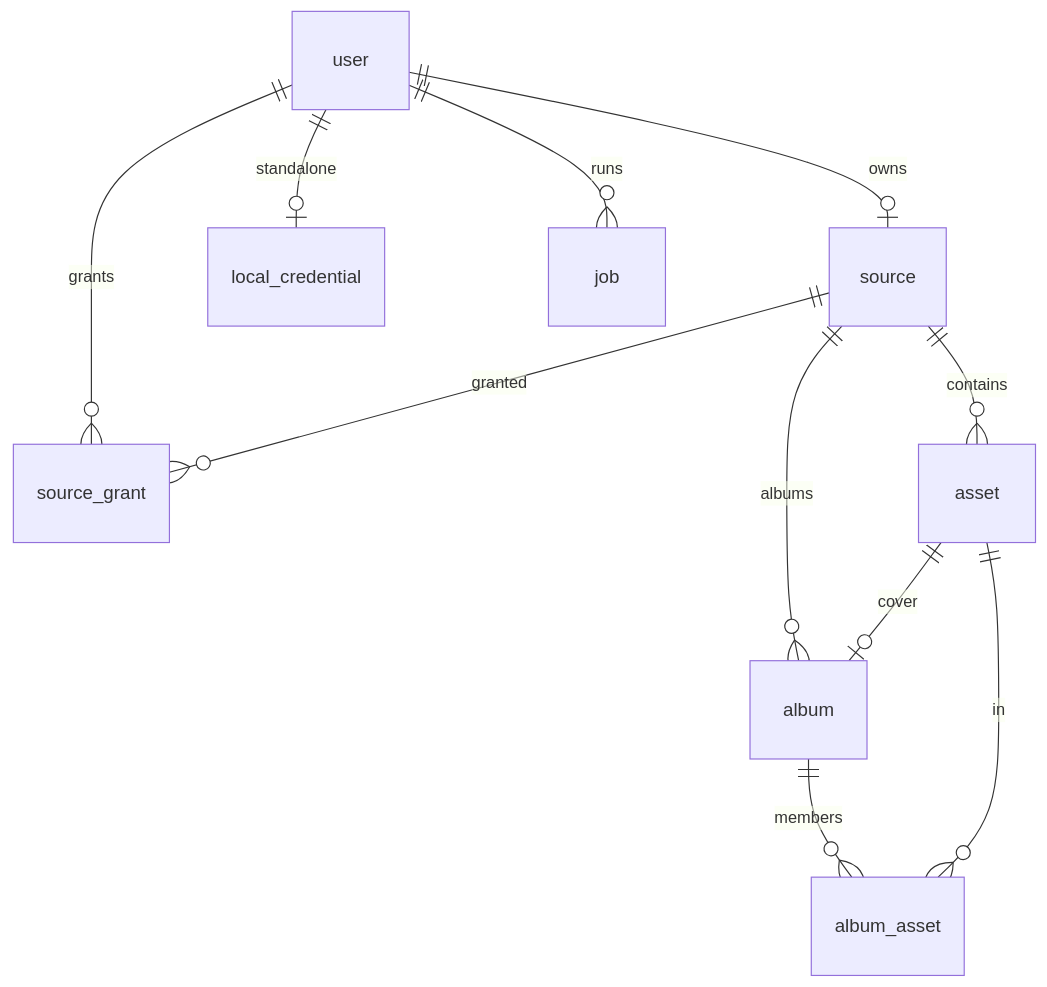
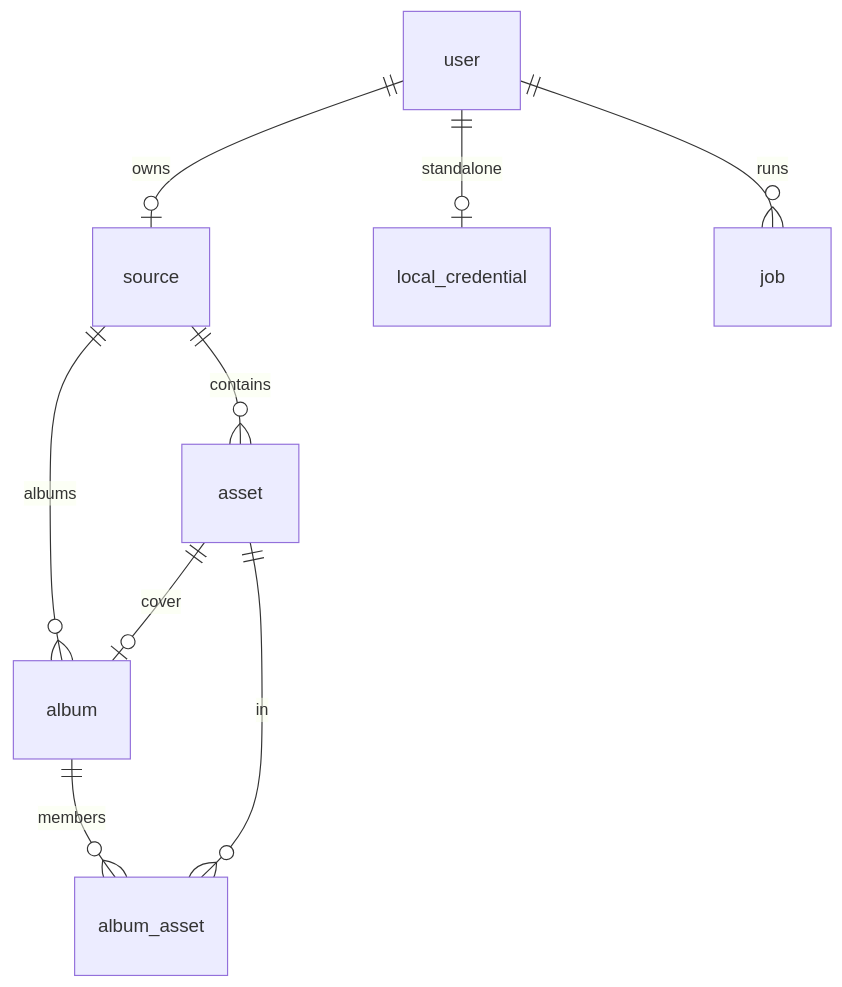
Before and after one commit to yun-innovation/mosaicWave: the diagram in doc/schema.md, drawn with Mermaid. The commit also changed other lines of this file and 39 other files, not shown here.

````diff
--- a/doc/schema.md
+++ b/doc/schema.md
@@ -83,13 +83,11 @@
 ```mermaid
 erDiagram
   user ||--o| source : owns
-  user ||--o{ source_grant : grants
-  source ||--o{ source_grant : granted
   source ||--o{ asset : contains
   source ||--o{ album : albums
   user ||--o| local_credential : standalone
   user ||--o{ job : runs
   album ||--o{ album_asset : members
   asset ||--o{ album_asset : in
   asset ||--o| album : cover
 ```
````
